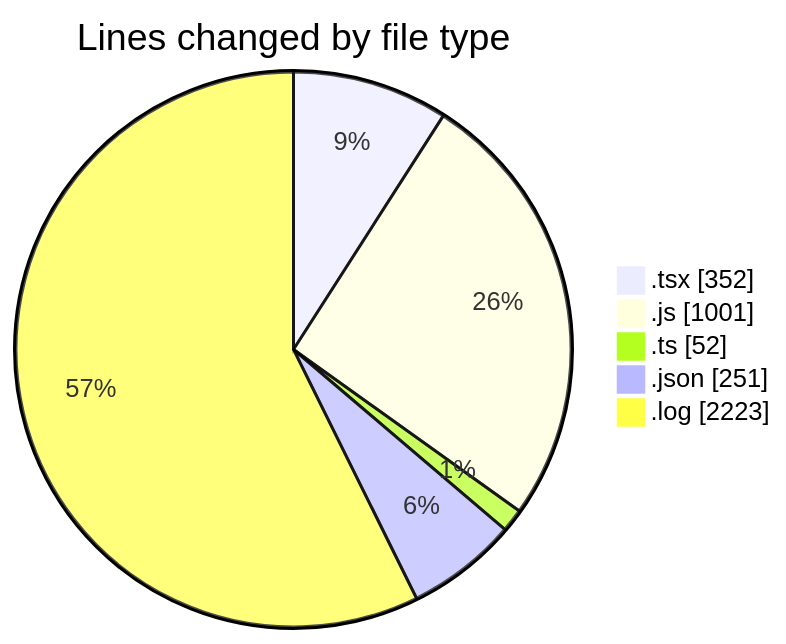
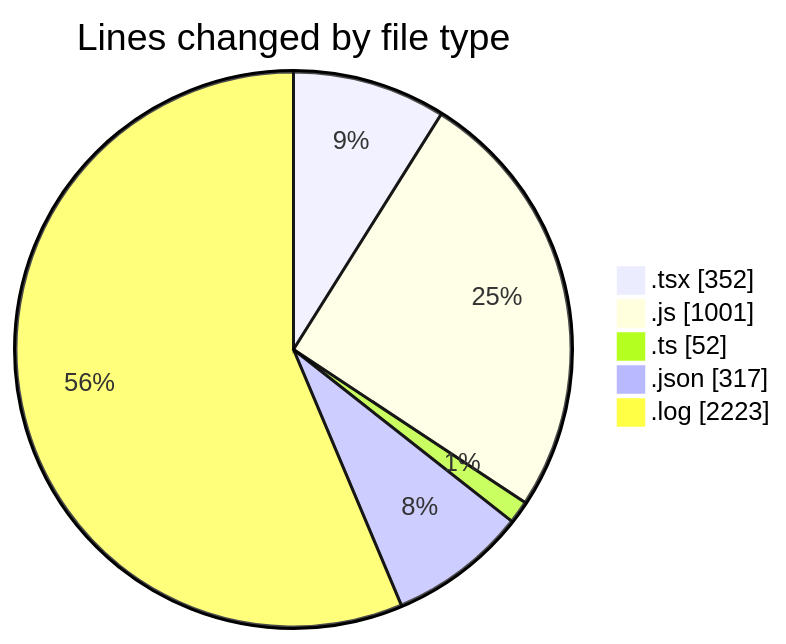
The first of 2 diagrams in 2026-04-17/cda/README.md (momahboobian/code-tracking), drawn with Mermaid before and after one commit. The commit also changed other lines of this file and 1 other file, not shown here.

````diff
--- a/2026-04-17/cda/README.md
+++ b/2026-04-17/cda/README.md
@@ -33,9 +33,9 @@
 ```mermaid
 pie showData
 title Lines changed by file type
 ".tsx" : 352
 ".js" : 1001
 ".ts" : 52
-".json" : 251
+".json" : 317
 ".log" : 2223
 ```
````
